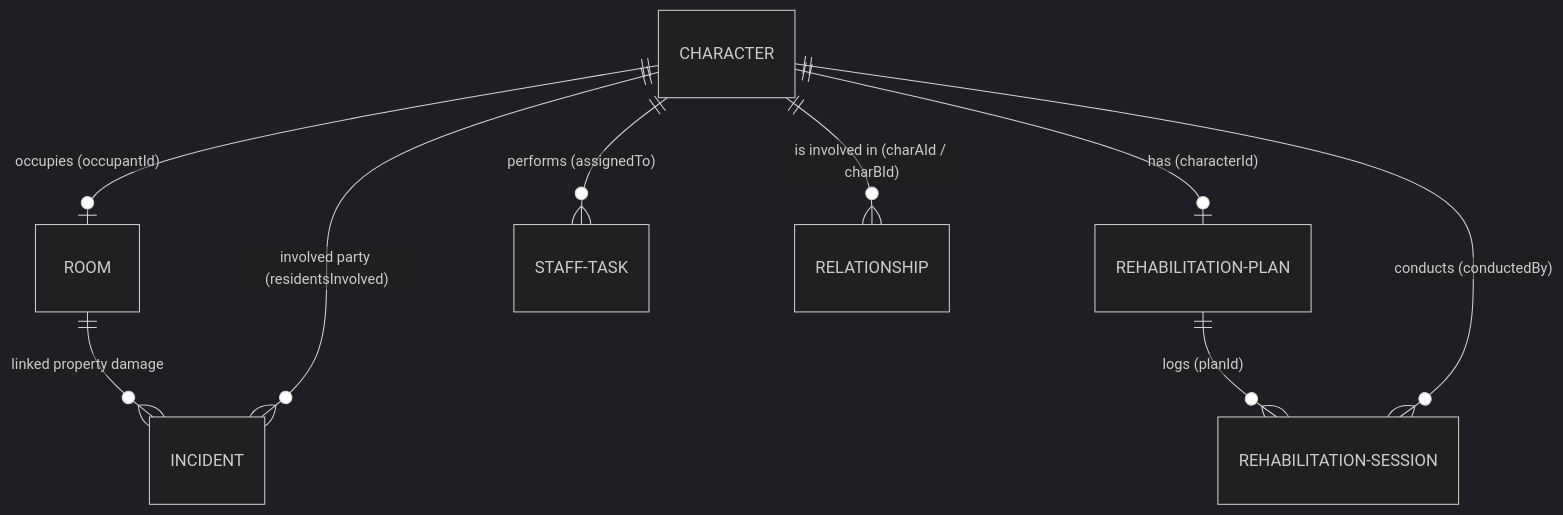
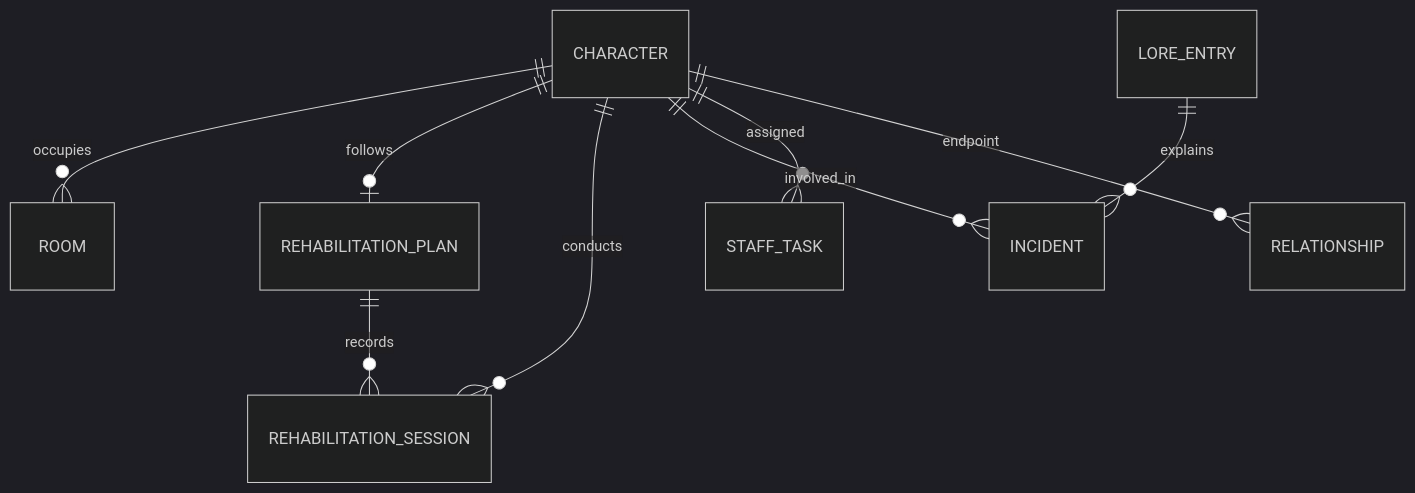
Before and after one commit to darknigthmare/hellbound-hotel-manager: the diagram in docs/data-model.md, drawn with Mermaid (dark theme). The commit also changed other lines of this file and 42 other files, not shown here.

````diff
--- a/docs/data-model.md
+++ b/docs/data-model.md
@@ -141,13 +42,11 @@
 ```mermaid
 erDiagram
-    CHARACTER ||--o| ROOM : "occupies (occupantId)"
-    CHARACTER ||--o| REHABILITATION-PLAN : "has (characterId)"
-    CHARACTER ||--o{ STAFF-TASK : "performs (assignedTo)"
-    CHARACTER ||--o{ RELATIONSHIP : "is involved in (charAId / charBId)"
-    
-    REHABILITATION-PLAN ||--o{ REHABILITATION-SESSION : "logs (planId)"
-    CHARACTER ||--o{ REHABILITATION-SESSION : "conducts (conductedBy)"
-    
-    ROOM ||--o{ INCIDENT : "linked property damage"
-    CHARACTER ||--o{ INCIDENT : "involved party (residentsInvolved)"
+    CHARACTER ||--o{ ROOM : occupies
+    CHARACTER ||--o| REHABILITATION_PLAN : follows
+    REHABILITATION_PLAN ||--o{ REHABILITATION_SESSION : records
+    CHARACTER ||--o{ REHABILITATION_SESSION : conducts
+    CHARACTER ||--o{ INCIDENT : involved_in
+    CHARACTER ||--o{ STAFF_TASK : assigned
+    CHARACTER ||--o{ RELATIONSHIP : endpoint
+    LORE_ENTRY ||--o{ INCIDENT : explains
 ```
````
